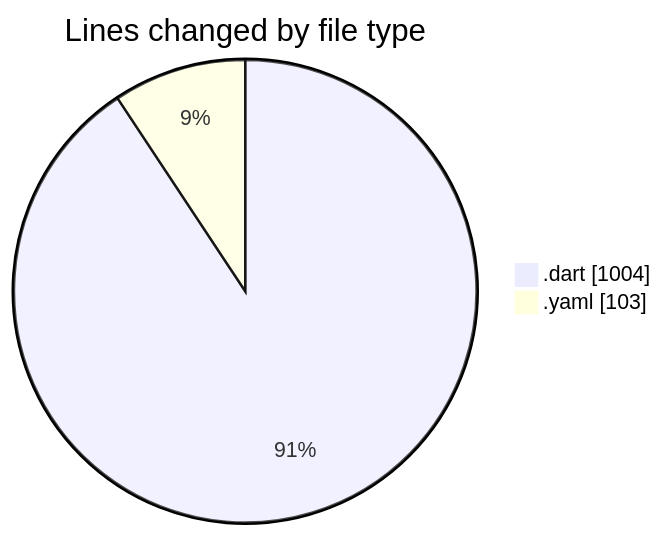
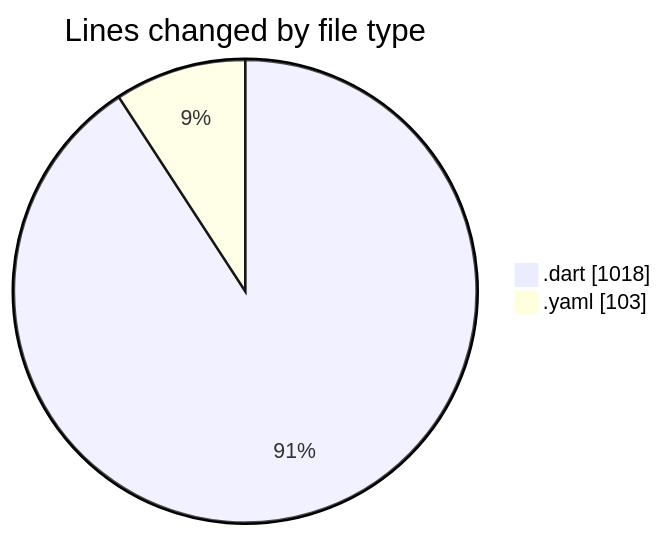
The first of 2 diagrams in 2025-02-25/trackers_app/README.md (donsfak/code-tracking), drawn with Mermaid before and after one commit. The commit also changed other lines of this file and 1 other file, not shown here.

````diff
--- a/2025-02-25/trackers_app/README.md
+++ b/2025-02-25/trackers_app/README.md
@@ -25,6 +25,6 @@
 ```mermaid
 pie showData
 title Lines changed by file type
-".dart" : 1004
+".dart" : 1018
 ".yaml" : 103
 ```
````
